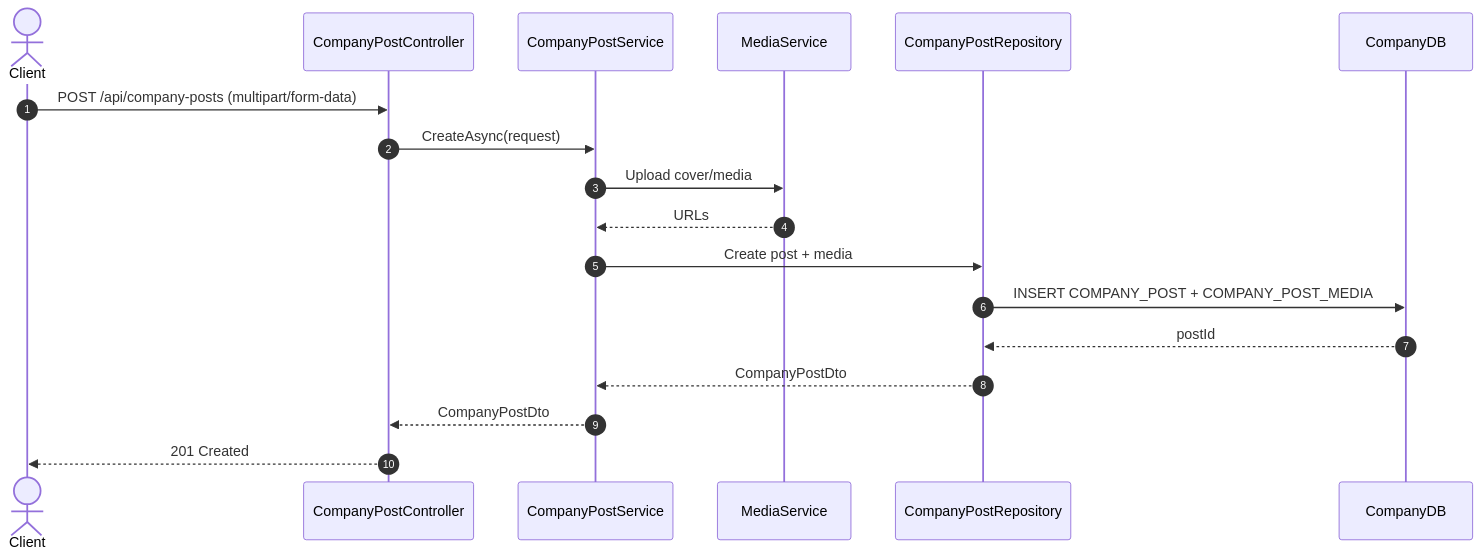
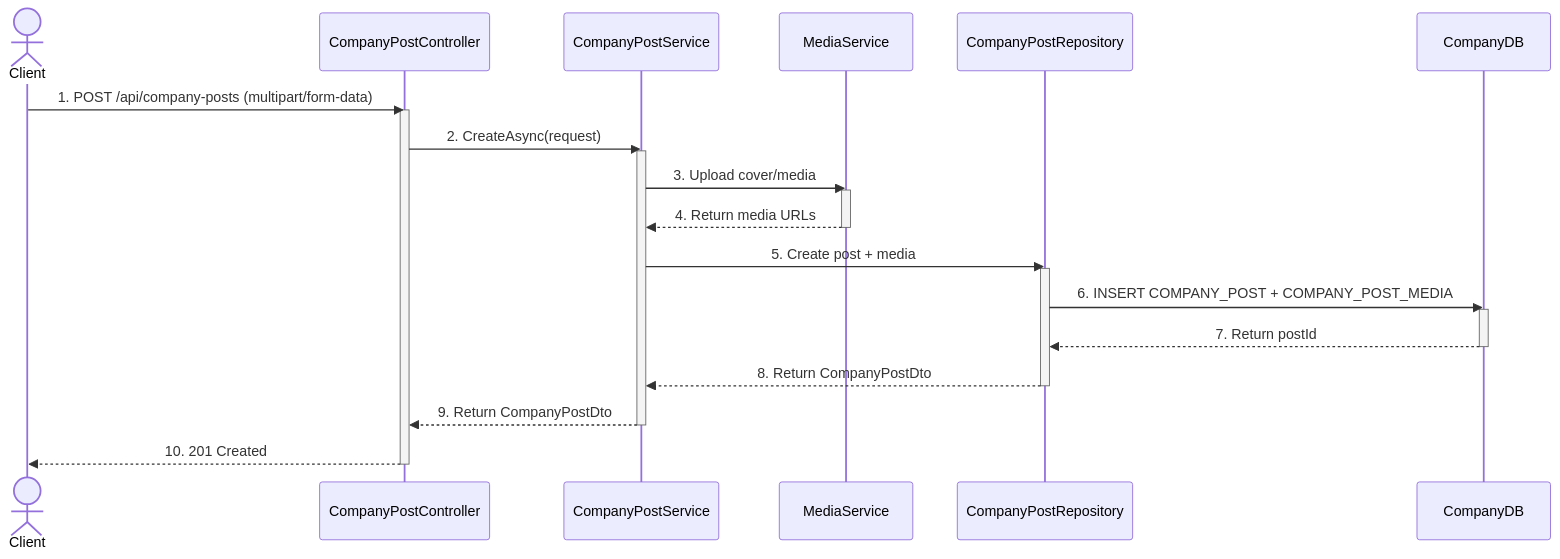
Before and after one commit to SEP490-CapstoneProject/SEP490_BE: the diagram in sequence_dia/company_service_sequence_diagram.md, drawn with Mermaid. The commit also changed 14 other files, not shown here.

Commit message:
feat: Add sequence diagrams for various services and re-enable subscription quota check in ApplicationService

````diff
--- a/sequence_dia/company_service_sequence_diagram.md
+++ b/sequence_dia/company_service_sequence_diagram.md
@@ -1,21 +1,30 @@
 ```mermaid
 sequenceDiagram
-    autonumber
     actor Client
     participant CompanyPostController
     participant CompanyPostService
     participant MediaService
     participant CompanyPostRepository
     participant CompanyDB
 
-    Client->>CompanyPostController: POST /api/company-posts (multipart/form-data)
-    CompanyPostController->>CompanyPostService: CreateAsync(request)
-    CompanyPostService->>MediaService: Upload cover/media
-    MediaService-->>CompanyPostService: URLs
-    CompanyPostService->>CompanyPostRepository: Create post + media
-    CompanyPostRepository->>CompanyDB: INSERT COMPANY_POST + COMPANY_POST_MEDIA
-    CompanyDB-->>CompanyPostRepository: postId
-    CompanyPostRepository-->>CompanyPostService: CompanyPostDto
-    CompanyPostService-->>CompanyPostController: CompanyPostDto
-    CompanyPostController-->>Client: 201 Created
+    Client->>CompanyPostController: 1. POST /api/company-posts (multipart/form-data)
+    activate CompanyPostController
+    CompanyPostController->>CompanyPostService: 2. CreateAsync(request)
+    activate CompanyPostService
+    CompanyPostService->>MediaService: 3. Upload cover/media
+    activate MediaService
+    MediaService-->>CompanyPostService: 4. Return media URLs
+    deactivate MediaService
+    CompanyPostService->>CompanyPostRepository: 5. Create post + media
+    activate CompanyPostRepository
+    CompanyPostRepository->>CompanyDB: 6. INSERT COMPANY_POST + COMPANY_POST_MEDIA
+    activate CompanyDB
+    CompanyDB-->>CompanyPostRepository: 7. Return postId
+    deactivate CompanyDB
+    CompanyPostRepository-->>CompanyPostService: 8. Return CompanyPostDto
+    deactivate CompanyPostRepository
+    CompanyPostService-->>CompanyPostController: 9. Return CompanyPostDto
+    deactivate CompanyPostService
+    CompanyPostController-->>Client: 10. 201 Created
+    deactivate CompanyPostController
 ```
````
